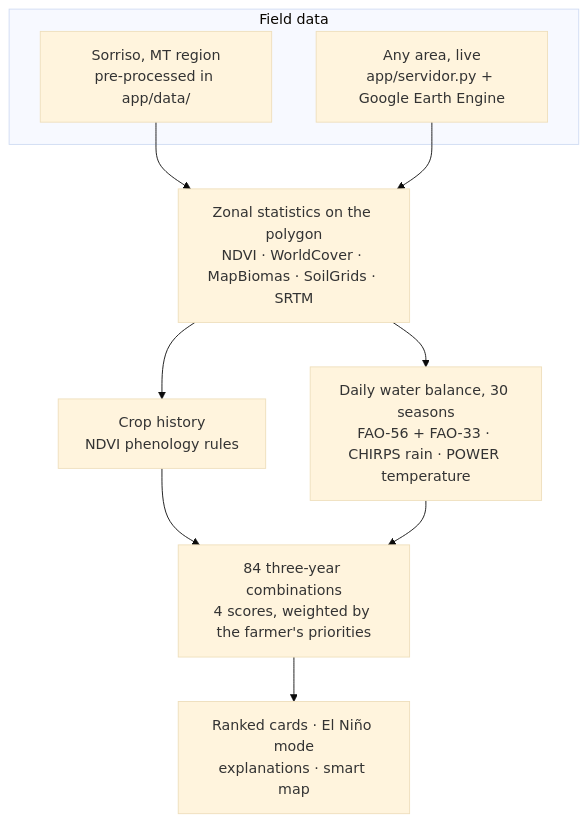
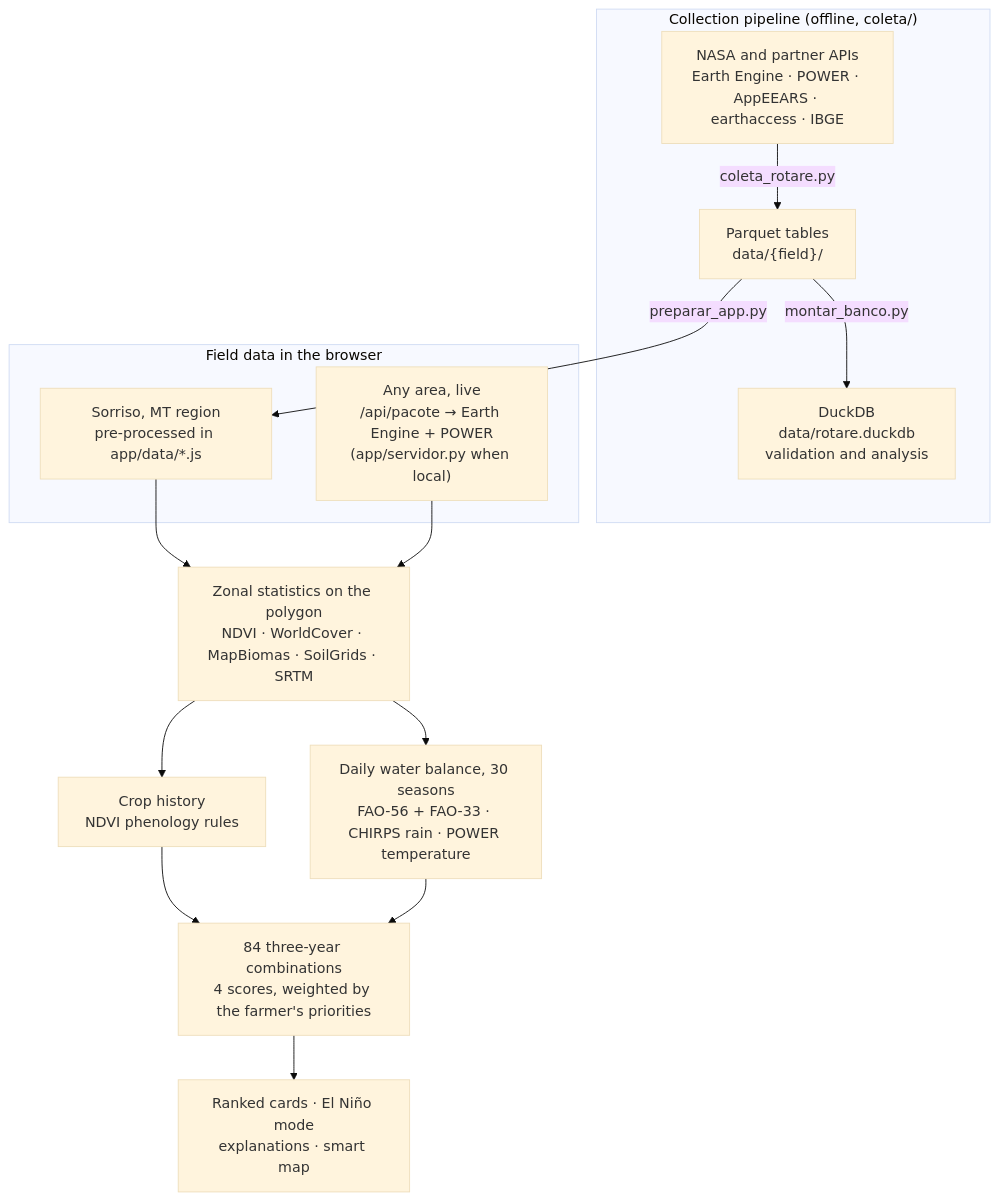
The diagram in README.md (GabrielHenriqueCA/field-shift-farm-insights), drawn with Mermaid (base theme) before and after one commit. The commit also changed other lines of this file, not shown here.

Commit message:
docs: document Vercel serverless API in architecture and how it works

````diff
--- a/README.md
+++ b/README.md
@@ -96,17 +96,24 @@
 ```mermaid
 flowchart TD
-    subgraph IN["Field data"]
-        DEMO["Sorriso, MT region<br/>pre-processed in app/data/"]
-        LIVE["Any area, live<br/>app/servidor.py + Google Earth Engine"]
+    subgraph OFF["Collection pipeline (offline, coleta/)"]
+        SRC["NASA and partner APIs<br/>Earth Engine · POWER · AppEEARS · earthaccess · IBGE"]
+        PQ["Parquet tables<br/>data/{field}/"]
+        DUCK["DuckDB<br/>data/rotare.duckdb<br/>validation and analysis"]
+        SRC -->|coleta_rotare.py| PQ -->|montar_banco.py| DUCK
     end
+    subgraph IN["Field data in the browser"]
+        DEMO["Sorriso, MT region<br/>pre-processed in app/data/*.js"]
+        LIVE["Any area, live<br/>/api/pacote → Earth Engine + POWER<br/>(app/servidor.py when local)"]
+    end
+    PQ -->|preparar_app.py| DEMO
     ZON["Zonal statistics on the polygon<br/>NDVI · WorldCover · MapBiomas · SoilGrids · SRTM"]
     HIST["Crop history<br/>NDVI phenology rules"]
     WB["Daily water balance, 30 seasons<br/>FAO-56 + FAO-33 · CHIRPS rain · POWER temperature"]
     RANK["84 three-year combinations<br/>4 scores, weighted by the farmer's priorities"]
     OUT["Ranked cards · El Niño mode<br/>explanations · smart map"]
 
     DEMO --> ZON
     LIVE --> ZON
     ZON --> HIST --> RANK
     ZON --> WB --> RANK --> OUT
 ```
````
